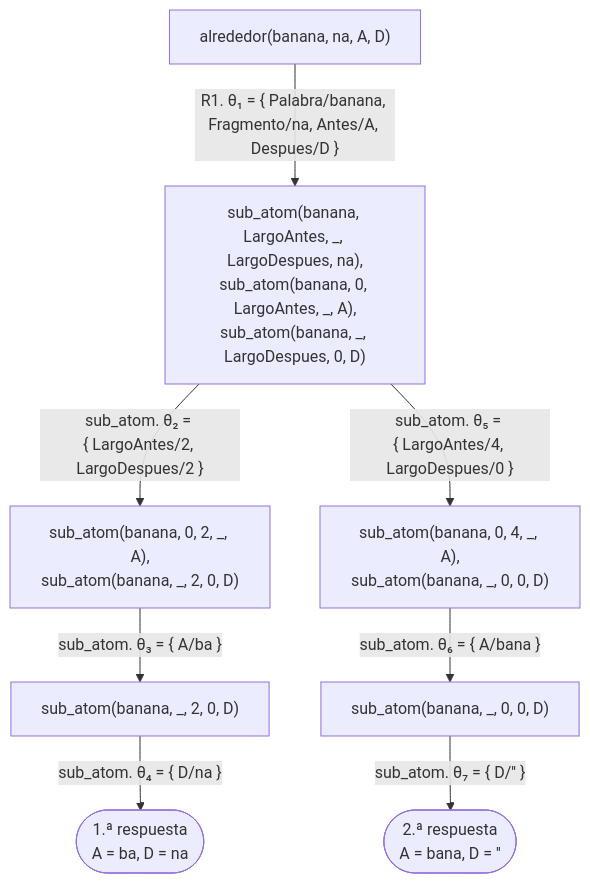
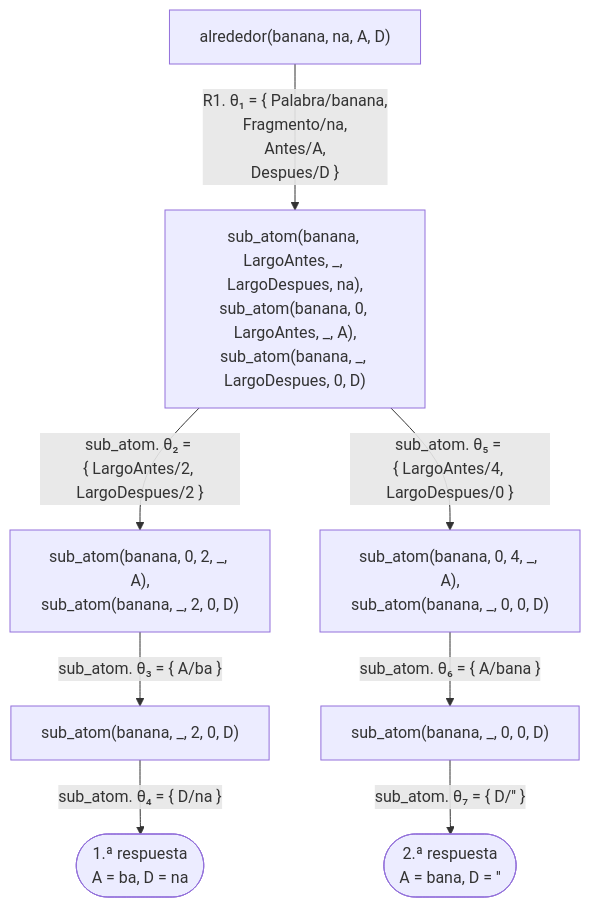
The third of 3 diagrams in docs/capitulo-11-texto/soluciones.md (CesarBallardini/curso-de-prolog), drawn with Mermaid before and after one commit. The commit also changed other lines of this file and 24 other files, not shown here.

First line of the commit message:
feat(docs): botones para ocultar las columnas laterales y etiquetas cortas en los diagramas

````diff
--- a/docs/capitulo-11-texto/soluciones.md
+++ b/docs/capitulo-11-texto/soluciones.md
@@ -613,10 +613,10 @@
 ```mermaid
 flowchart TD
-    A["alrededor(banana, na, A, D)"] -- "R1. θ₁ = {&nbsp;Palabra/banana, Fragmento/na, Antes/A, Despues/D&nbsp;}" --> B["sub_atom(banana, LargoAntes, _, LargoDespues, na),<br/>sub_atom(banana, 0, LargoAntes, _, A),<br/>sub_atom(banana, _, LargoDespues, 0, D)"]
+    A["alrededor(banana, na, A, D)"] -- "R1. θ₁ = {&nbsp;Palabra/banana,<br/>Fragmento/na,<br/>Antes/A,<br/>Despues/D&nbsp;}" --> B["sub_atom(banana, LargoAntes, _, LargoDespues, na),<br/>sub_atom(banana, 0, LargoAntes, _, A),<br/>sub_atom(banana, _, LargoDespues, 0, D)"]
     B -- "sub_atom. θ₂ = {&nbsp;LargoAntes/2, LargoDespues/2&nbsp;}" --> C["sub_atom(banana, 0, 2, _, A),<br/>sub_atom(banana, _, 2, 0, D)"]
     C -- "sub_atom. θ₃ = {&nbsp;A/ba&nbsp;}" --> C2["sub_atom(banana, _, 2, 0, D)"]
     C2 -- "sub_atom. θ₄ = {&nbsp;D/na&nbsp;}" --> S1(["1.ª respuesta<br/>A = ba, D = na"])
     B -- "sub_atom. θ₅ = {&nbsp;LargoAntes/4, LargoDespues/0&nbsp;}" --> E["sub_atom(banana, 0, 4, _, A),<br/>sub_atom(banana, _, 0, 0, D)"]
     E -- "sub_atom. θ₆ = {&nbsp;A/bana&nbsp;}" --> E2["sub_atom(banana, _, 0, 0, D)"]
     E2 -- "sub_atom. θ₇ = {&nbsp;D/''&nbsp;}" --> S2(["2.ª respuesta<br/>A = bana, D = ''"])
 ```
````
